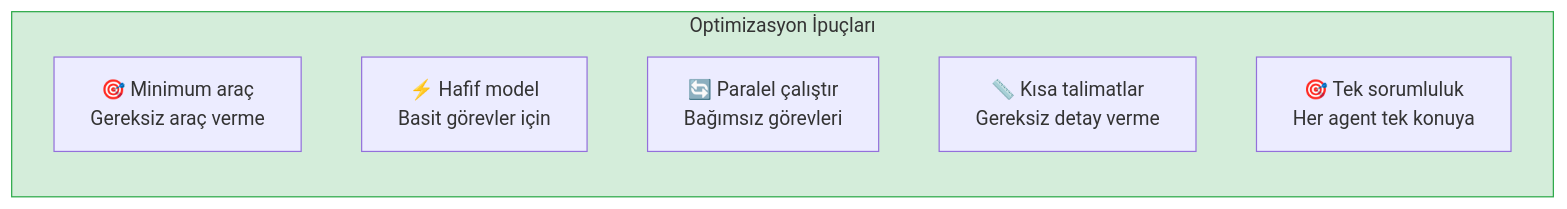
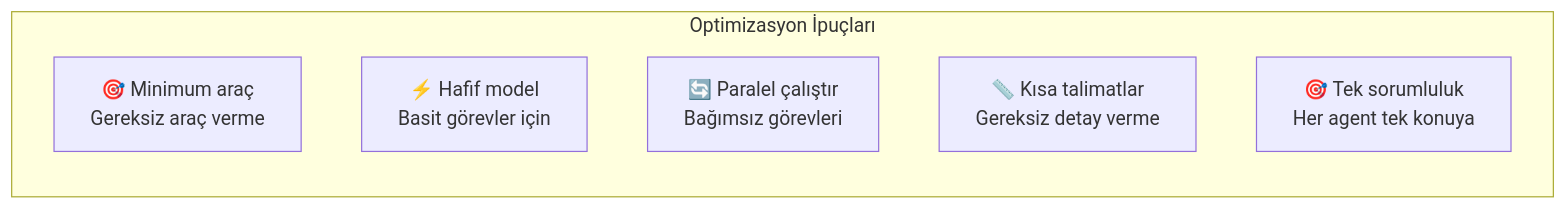
Before and after one commit to IzzetYasinAtes/ClaudeCodeHandbook: the seventh of 7 diagrams in 13-subagentlar-ve-agent-takimlari/05-agent-tool-kullanimi.md, drawn with Mermaid. The commit also changed other lines of this file and 97 other files, not shown here.

Commit message:
Remove all custom Mermaid style/fill colors from 98 markdown files for consistent dark theme rendering

````diff
--- a/13-subagentlar-ve-agent-takimlari/05-agent-tool-kullanimi.md
+++ b/13-subagentlar-ve-agent-takimlari/05-agent-tool-kullanimi.md
@@ -750,13 +741,12 @@
 ```mermaid
 flowchart TD
     subgraph tips ["Optimizasyon İpuçları"]
         direction TB
         T1["🎯 Minimum araç<br/>Gereksiz araç verme"]
         T2["⚡ Hafif model<br/>Basit görevler için"]
         T3["🔄 Paralel çalıştır<br/>Bağımsız görevleri"]
         T4["📏 Kısa talimatlar<br/>Gereksiz detay verme"]
         T5["🎯 Tek sorumluluk<br/>Her agent tek konuya"]
     end
 
-    style tips fill:#d4edda,stroke:#28a745
 ```
````
